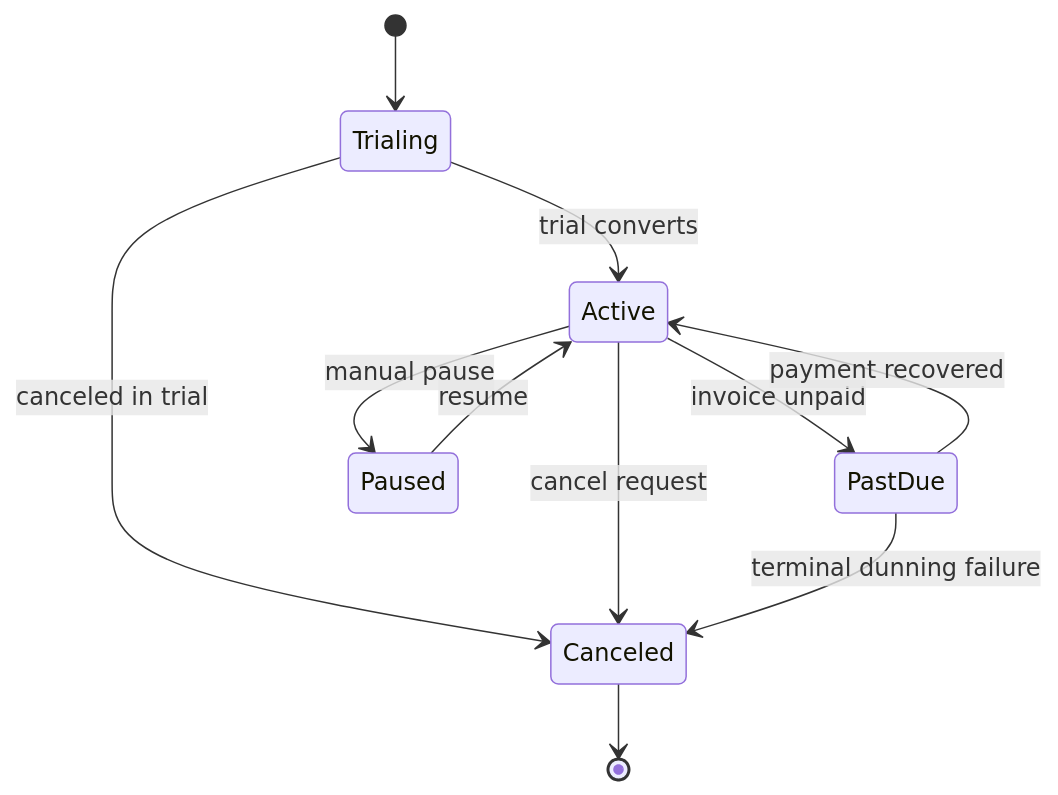
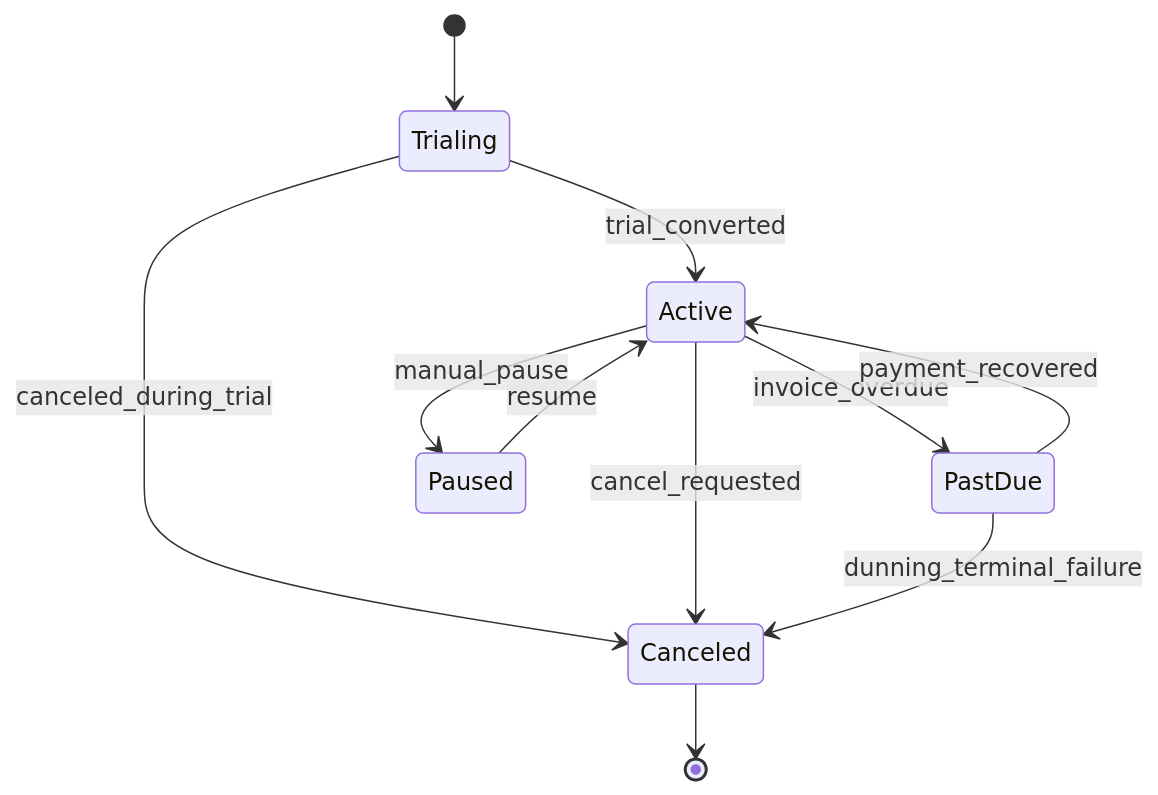
One commit to 0Ankit0/Project-Ideas changed the first of 4 diagrams in Subscription Billing and Entitlements Platform/detailed-design/state-machine-diagrams.md. Above: the diagram before and after it, drawn with Mermaid. The commit also changed other lines of this file and 14 other files, not shown here.

Commit message:
Expand detailed design docs with implementation-ready schemas, APIs, and mermaid diagrams

````diff
--- a/Subscription Billing and Entitlements Platform/detailed-design/state-machine-diagrams.md
+++ b/Subscription Billing and Entitlements Platform/detailed-design/state-machine-diagrams.md
@@ -4,13 +4,16 @@
 ```mermaid
 stateDiagram-v2
     [*] --> Trialing
-    Trialing --> Active: trial converts
-    Trialing --> Canceled: canceled in trial
-    Active --> PastDue: invoice unpaid
-    PastDue --> Active: payment recovered
-    Active --> Canceled: cancel request
-    PastDue --> Canceled: terminal dunning failure
-    Active --> Paused: manual pause
+    Trialing --> Active: trial_converted
+    Trialing --> Canceled: canceled_during_trial
+
+    Active --> PastDue: invoice_overdue
+    PastDue --> Active: payment_recovered
+    Active --> Canceled: cancel_requested
+    PastDue --> Canceled: dunning_terminal_failure
+
+    Active --> Paused: manual_pause
     Paused --> Active: resume
+
     Canceled --> [*]
 ```
````
